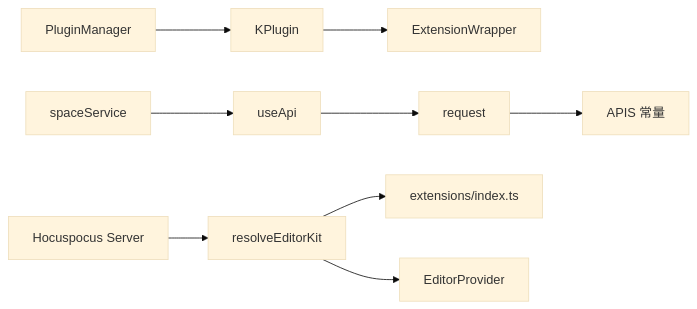
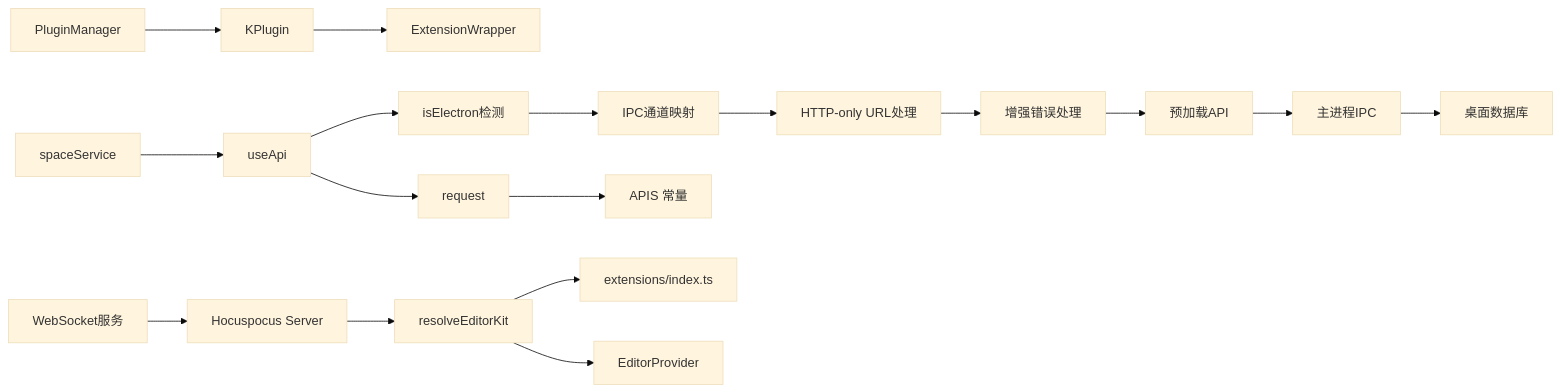
The ninth of 9 diagrams in .qoder/repowiki/zh/content/API参考/API参考.md (LRF0422/Kotion), drawn with Mermaid (base theme) before and after one commit. The commit also changed other lines of this file and 75 other files, not shown here.

````diff
--- a/.qoder/repowiki/zh/content/API参考/API参考.md
+++ b/.qoder/repowiki/zh/content/API参考/API参考.md
@@ -335,11 +648,19 @@
 ```mermaid
 graph LR
 PM["PluginManager"] --> KP["KPlugin"]
 KP --> EW["ExtensionWrapper"]
 SS["spaceService"] --> UA["useApi"]
+UA --> Detect["isElectron检测"]
+Detect --> IPCMap["IPC通道映射"]
+IPCMap --> HTTPOnly["HTTP-only URL处理"]
+HTTPOnly --> ErrorHandle["增强错误处理"]
+ErrorHandle --> Preload["预加载API"]
+Preload --> MainIPC["主进程IPC"]
 UA --> REQ["request"]
 REQ --> API["APIS 常量"]
 EKit["resolveEditorKit"] --> ExtIdx["extensions/index.ts"]
 EKit --> Prov["EditorProvider"]
 HS["Hocuspocus Server"] --> EKit
+MainIPC --> DB["桌面数据库"]
+WS["WebSocket服务"] --> HS
 ```
````
